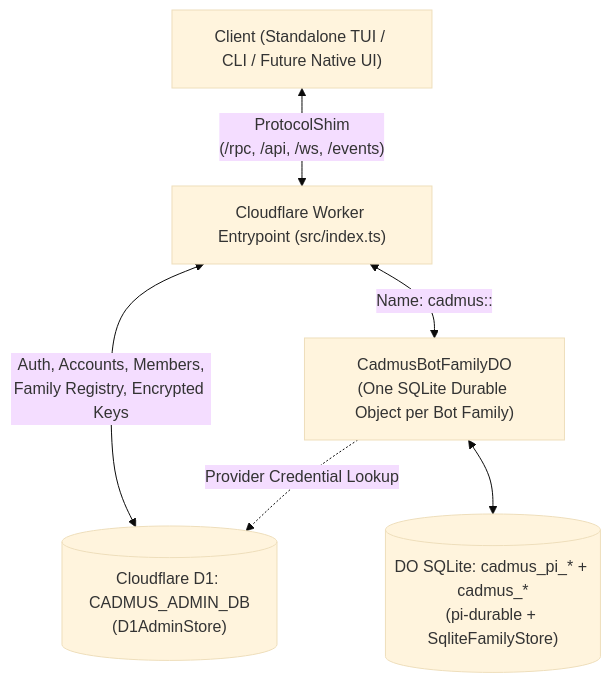
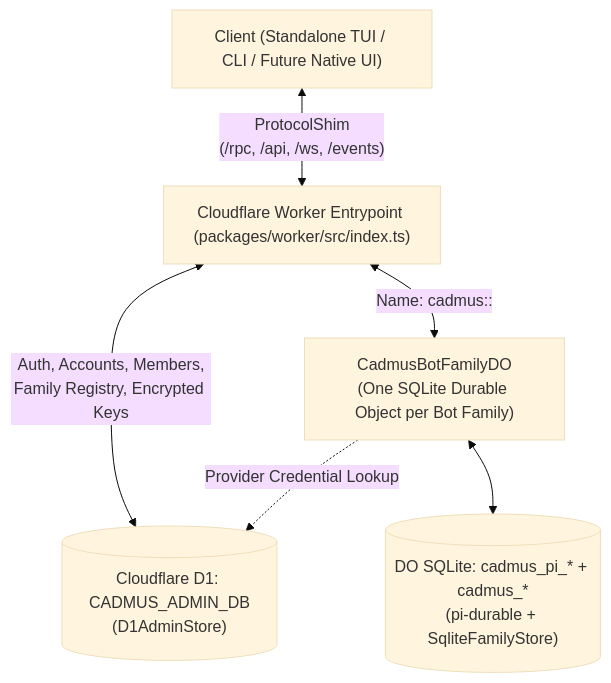
Before and after one commit to liorm/cadmus: the diagram in docs/architecture.md, drawn with Mermaid (base theme). The commit also changed other lines of this file and 135 other files, not shown here.

````diff
--- a/docs/architecture.md
+++ b/docs/architecture.md
@@ -11,14 +11,14 @@
 ```mermaid
 flowchart TD
     Client["Client (Standalone TUI / CLI / Future Native UI)"]
-    Worker["Cloudflare Worker Entrypoint (src/index.ts)"]
+    Worker["Cloudflare Worker Entrypoint (packages/worker/src/index.ts)"]
     D1[("Cloudflare D1: CADMUS_ADMIN_DB\n(D1AdminStore)")]
     DO["CadmusBotFamilyDO\n(One SQLite Durable Object per Bot Family)"]
     SQLite[("DO SQLite: cadmus_pi_* + cadmus_*\n(pi-durable + SqliteFamilyStore)")]
 
     Client <-->|"ProtocolShim\n(/rpc, /api, /ws, /events)"| Worker
     Worker <-->|"Auth, Accounts, Members,\nFamily Registry, Encrypted Keys"| D1
     Worker <-->|"Name: cadmus:<accountId>:<familyId>"| DO
     DO <--> SQLite
     DO -.->|"Provider Credential Lookup"| D1
 ```
````
